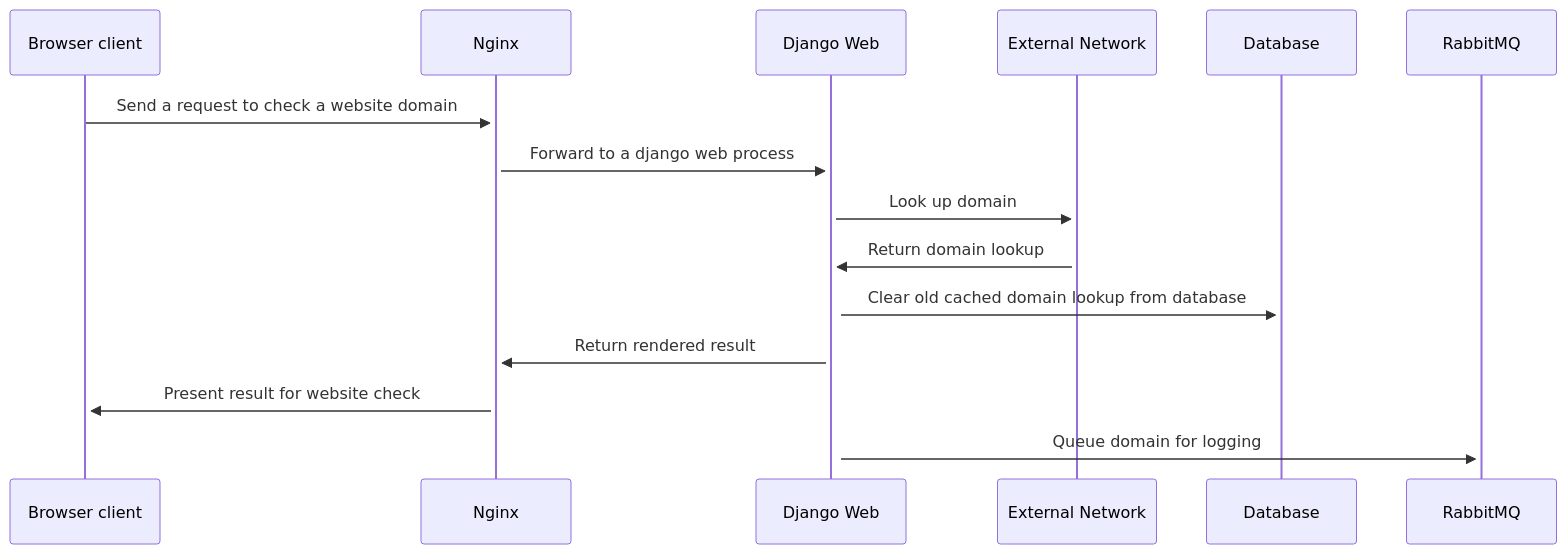
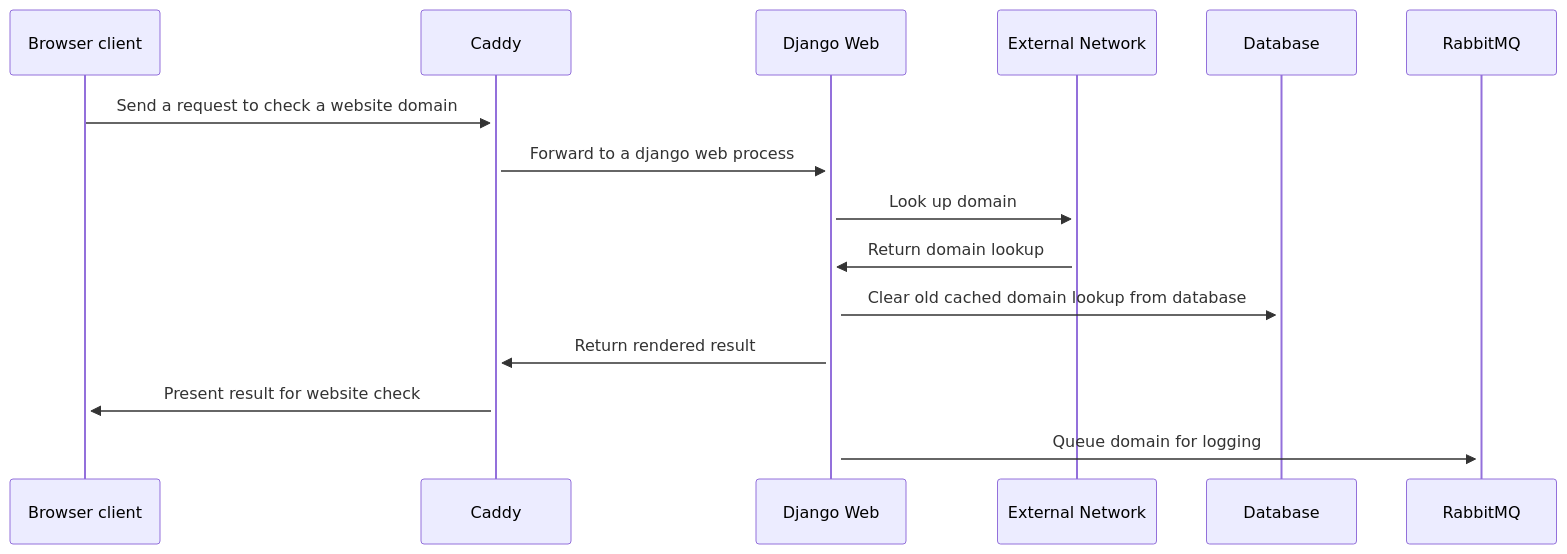
Before and after one commit to thegreenwebfoundation/admin-portal: the third of 3 diagrams in docs/understanding-the flow-of-a-greencheck.md, drawn with Mermaid. The commit also changed other lines of this file and 4 other files, not shown here.

````diff
--- a/docs/understanding-the flow-of-a-greencheck.md
+++ b/docs/understanding-the flow-of-a-greencheck.md
@@ -56,14 +56,14 @@
 ```{mermaid}
 sequenceDiagram
 
-    Browser client->>+Nginx: Send a request to check a website domain
-    Nginx->>+Django Web: Forward to a django web process
+    Browser client->>+Caddy: Send a request to check a website domain
+    Caddy->>+Django Web: Forward to a django web process
     Django Web->>+External Network: Look up domain
     External Network->>+Django Web: Return domain lookup
     Django Web->>+Database: Clear old cached domain lookup from database
-    Django Web->>+Nginx: Return rendered result
+    Django Web->>+Caddy: Return rendered result
 
-    Nginx->>+Browser client: Present result for website check
+    Caddy->>+Browser client: Present result for website check
     Django Web->>+RabbitMQ: Queue domain for logging
 
 ```
````
